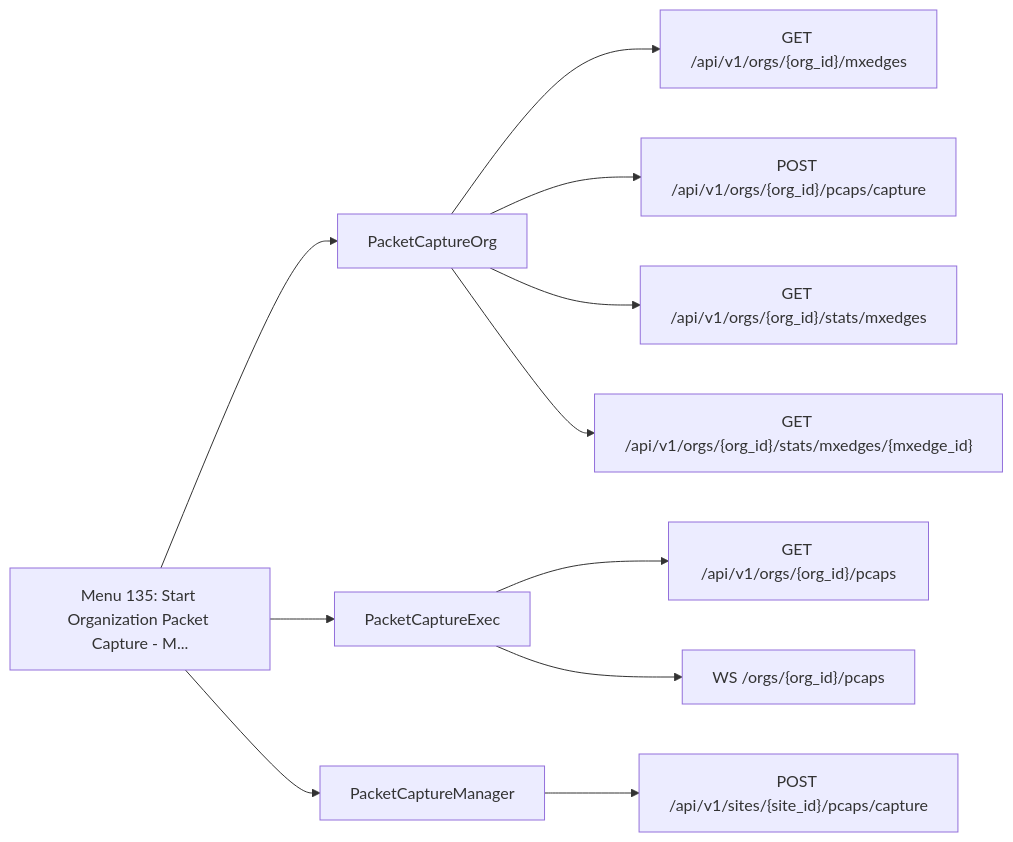
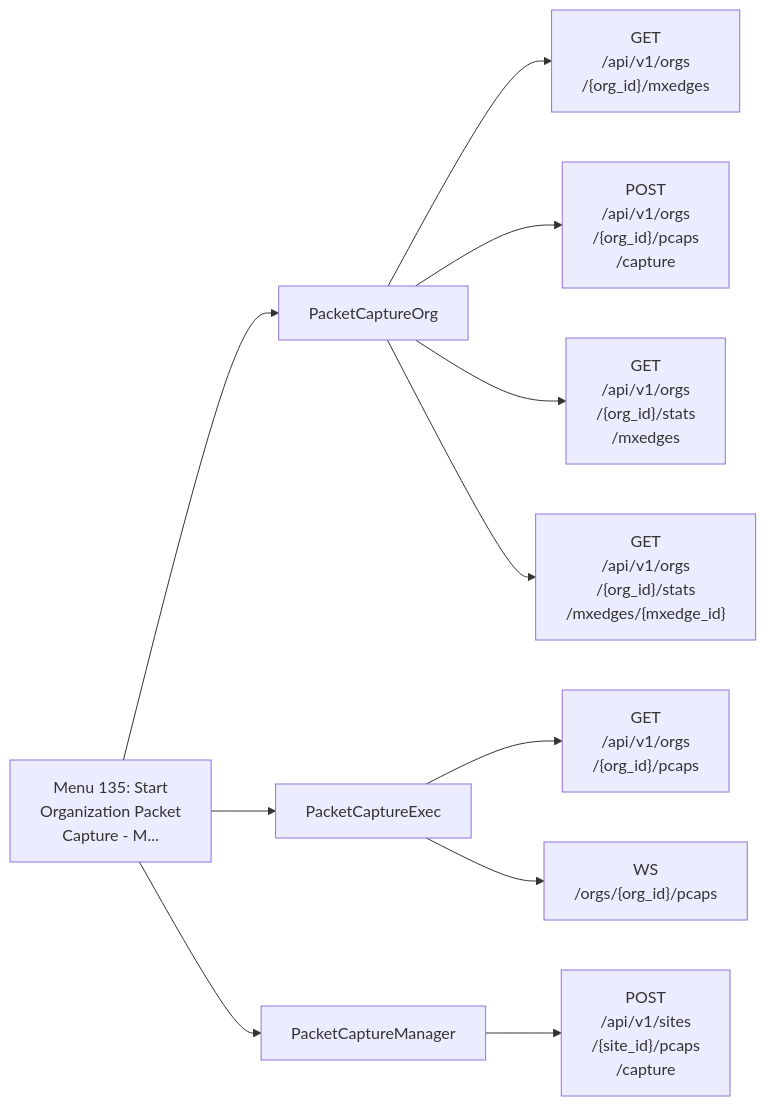
Diagram 13 of 28 in documentation/menu-api/interactive.md (jmorrison-juniper/MistHelper), drawn with Mermaid before and after one commit. The commit also changed other lines of this file and 19 other files, not shown here.

First line of the commit message:
docs(menu-api): fit the Mermaid diagrams to the wiki column

````diff
--- a/documentation/menu-api/interactive.md
+++ b/documentation/menu-api/interactive.md
@@ -456,14 +308,14 @@
 ```mermaid
 flowchart LR
-    menu["Menu 135: Start Organization Packet Capture - M..."]
+    menu["Menu 135: Start<br/>Organization Packet<br/>Capture - M..."]
     menu --> c1["PacketCaptureOrg"]
-    c1 --> e1["GET /api/v1/orgs/{org_id}/mxedges"]
-    c1 --> e2["POST /api/v1/orgs/{org_id}/pcaps/capture"]
-    c1 --> e3["GET /api/v1/orgs/{org_id}/stats/mxedges"]
-    c1 --> e4["GET /api/v1/orgs/{org_id}/stats/mxedges/{mxedge_id}"]
+    c1 --> e1["GET<br/>/api/v1/orgs<br/>/{org_id}/mxedges"]
+    c1 --> e2["POST<br/>/api/v1/orgs<br/>/{org_id}/pcaps<br/>/capture"]
+    c1 --> e3["GET<br/>/api/v1/orgs<br/>/{org_id}/stats<br/>/mxedges"]
+    c1 --> e4["GET<br/>/api/v1/orgs<br/>/{org_id}/stats<br/>/mxedges/{mxedge_id}"]
     menu --> c2["PacketCaptureExec"]
-    c2 --> e5["GET /api/v1/orgs/{org_id}/pcaps"]
-    c2 --> e6["WS /orgs/{org_id}/pcaps"]
+    c2 --> e5["GET<br/>/api/v1/orgs<br/>/{org_id}/pcaps"]
+    c2 --> e6["WS<br/>/orgs/{org_id}/pcaps"]
     menu --> c3["PacketCaptureManager"]
-    c3 --> e7["POST /api/v1/sites/{site_id}/pcaps/capture"]
+    c3 --> e7["POST<br/>/api/v1/sites<br/>/{site_id}/pcaps<br/>/capture"]
 ```
````
